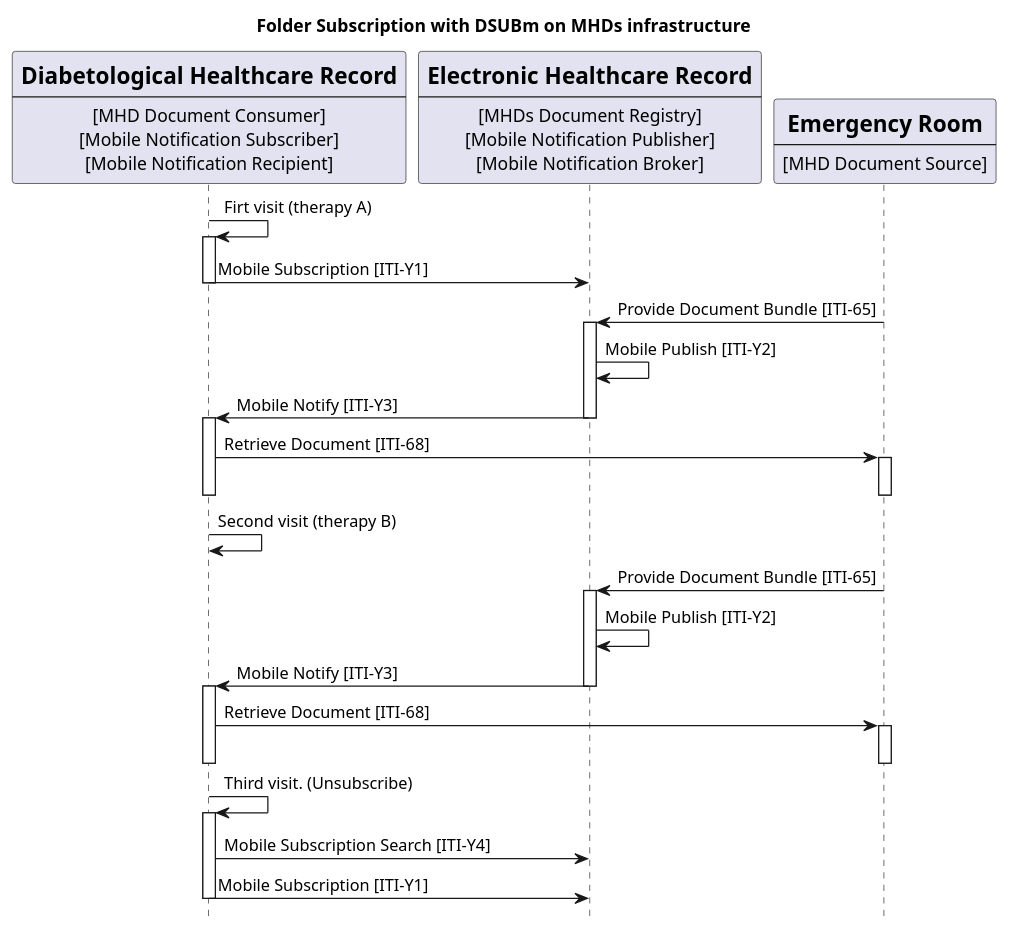
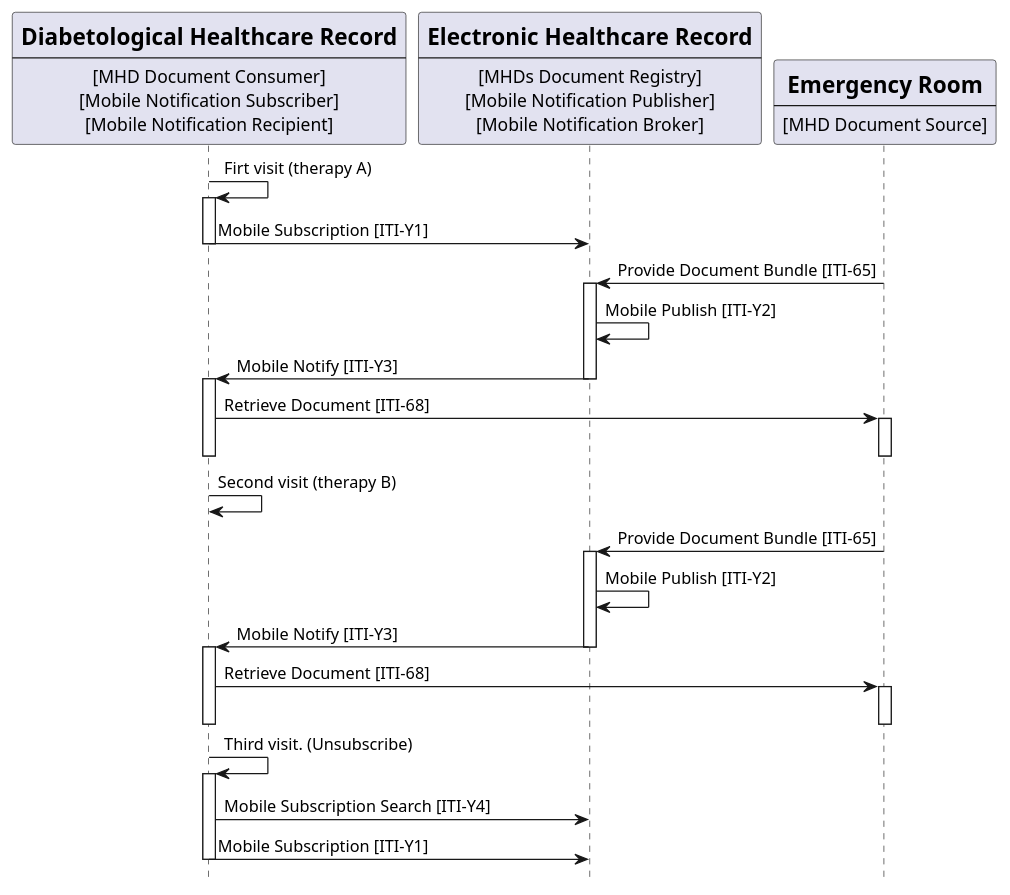
Before and after one commit to IHE/ITI.DSUBm: the diagram in input/images-source/usecase2-processflow.plantuml, drawn with PlantUML. The commit also changed 6 other files, not shown here.

```diff
--- a/input/images-source/usecase2-processflow.plantuml
+++ b/input/images-source/usecase2-processflow.plantuml
@@ -1,70 +1,70 @@
 @startuml
 skinparam svgDimensionStyle false
 hide footbox
-title "Folder Subscription with DSUBm on MHDs infrastructure" 
+/'title "Folder Subscription with DSUBm on MHDs infrastructure" '/
 
 participant DHR [
     = Diabetological Healthcare Record
     ----
     [MHD Document Consumer]
     [Mobile Notification Subscriber]
     [Mobile Notification Recipient]
 ] 
 
 
 
 participant Central [
     =Electronic Healthcare Record
     ----
     [MHDs Document Registry]
     [Mobile Notification Publisher]
     [Mobile Notification Broker]
 ] 
 
 participant ER [
     =Emergency Room
     ----
     [MHD Document Source]
 ] 
 
 
 
 
 DHR -> DHR: Firt visit (therapy A)
 activate DHR
 DHR -> Central:  Mobile Subscription [ITI-Y1]
 deactivate DHR
 
 ER->Central:  Provide Document Bundle [ITI-65]
 activate Central 
 Central -> Central: Mobile Publish [ITI-Y2]
 Central -> DHR: Mobile Notify [ITI-Y3]
 deactivate Central
 activate DHR
 
 DHR -> ER: Retrieve Document [ITI-68]
 activate ER
 deactivate ER
 deactivate DHR 
 
 DHR -> DHR: Second visit (therapy B)
 
 ER->Central:  Provide Document Bundle [ITI-65]
 activate Central 
 Central -> Central: Mobile Publish [ITI-Y2]
 Central -> DHR: Mobile Notify [ITI-Y3]
 deactivate Central
 activate DHR
 
 DHR -> ER: Retrieve Document [ITI-68]
 activate ER
 deactivate ER
 deactivate DHR 
 
 DHR -> DHR: Third visit. (Unsubscribe)
 activate DHR
 DHR -> Central: Mobile Subscription Search [ITI-Y4]
 DHR -> Central: Mobile Subscription [ITI-Y1]	
 deactivate DHR
 
 @enduml
```
